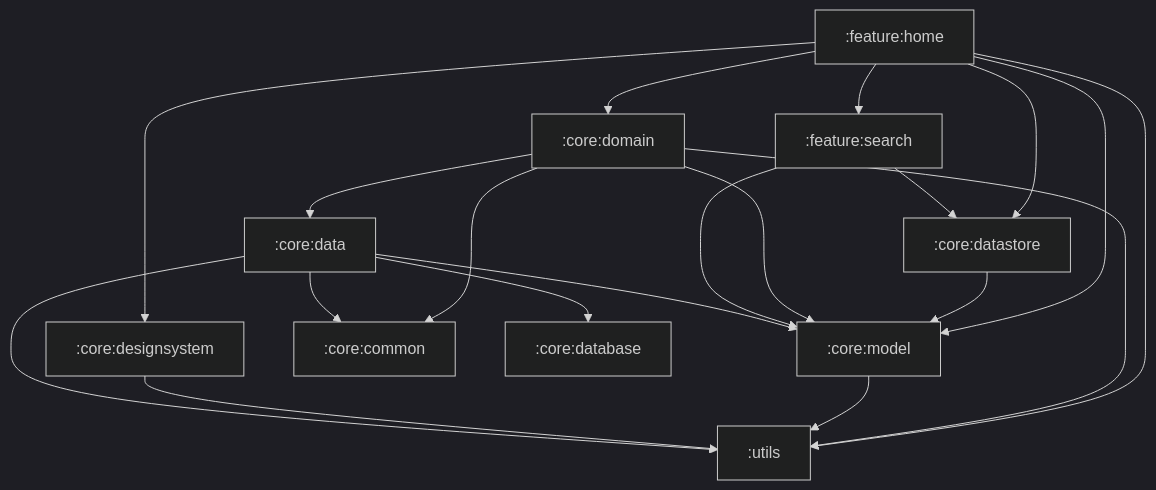
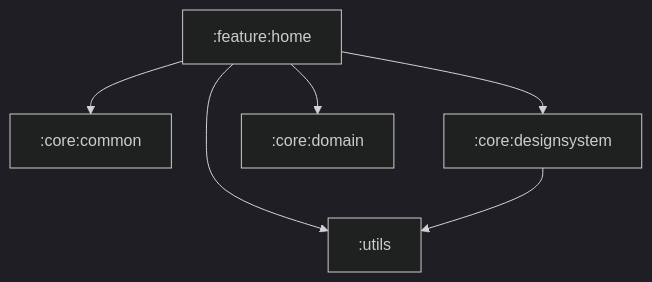
The diagram in module/feature/home.md (HakusFactory/hakusfactory.github.io), drawn with Mermaid (dark theme) before and after one commit. The commit also changed 12 other files, not shown here.

````diff
--- a/module/feature/home.md
+++ b/module/feature/home.md
@@ -3,41 +3,18 @@
 ```mermaid
 flowchart TD
 home[:feature:home]
 
-home --> datastore
+home --> common
+home --> designsystem
 home --> domain
-home --> model
-home --> search
-home --> designsystem
 home --> utils
 
-datastore[:core:datastore]
-datastore --> model
-
-domain[:core:domain]
-domain --> common
-domain --> model
-domain --> data
-domain --> utils
-
-model[:core:model]
-model --> utils
-
-search[:feature:search]
-search --> datastore
-search --> model
+common[:core:common]
 
 designsystem[:core:designsystem]
 designsystem --> utils
 
+domain[:core:domain]
+
 utils[:utils]
-
-data[:core:data]
-data --> common
-data --> database
-data --> model
-data --> utils
-
-database[:core:database]
-common[:core:common]
 ```
````
